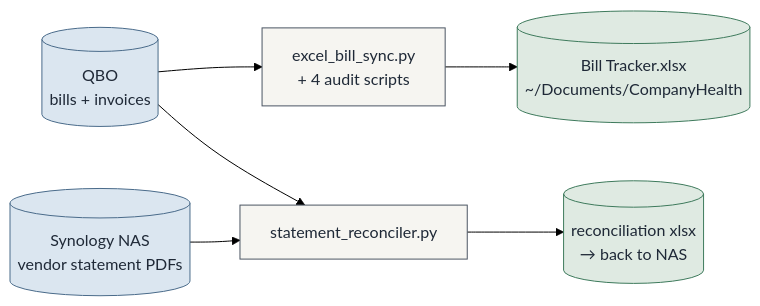
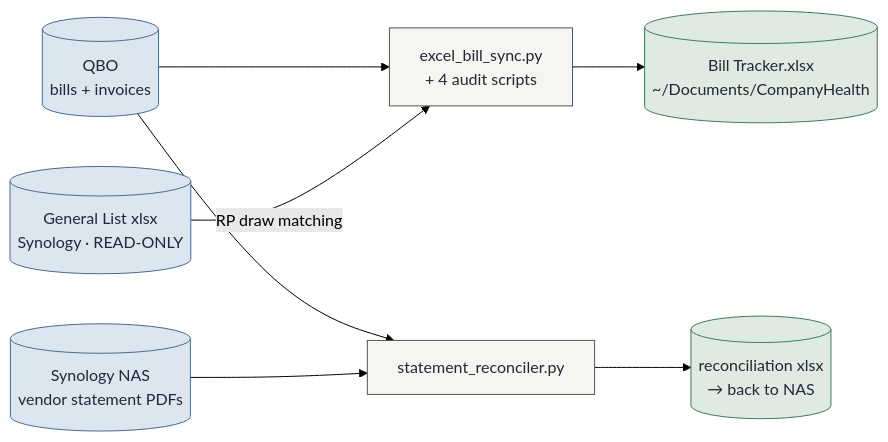
The second of 4 diagrams in docs/ARCHITECTURE.md (Ecarlo-Proficient/Claude-Report), drawn with Mermaid (forest theme) before and after one commit. The commit also changed 8 other files, not shown here.

````diff
--- a/docs/ARCHITECTURE.md
+++ b/docs/ARCHITECTURE.md
@@ -87,17 +87,19 @@
 ```mermaid
 flowchart LR
     classDef src fill:#dbe6f0,stroke:#4A6B8A,color:#1f2937
     classDef tool fill:#f6f5f1,stroke:#4b5563,color:#1f2937
     classDef out fill:#dfeae2,stroke:#3E7A5C,color:#1f2937
 
     QBO[("QBO\nbills + invoices")]:::src
     NAS[("Synology NAS\nvendor statement PDFs")]:::src
+    GL[("General List xlsx\nSynology · READ-ONLY")]:::src
     BT["excel_bill_sync.py\n+ 4 audit scripts"]:::tool
     SR["statement_reconciler.py"]:::tool
     BX[("Bill Tracker.xlsx\n~/Documents/CompanyHealth")]:::out
     RX[("reconciliation xlsx\n→ back to NAS")]:::out
 
     QBO --> BT --> BX
+    GL -- "RP draw matching" --> BT
     QBO --> SR
     NAS --> SR --> RX
 ```
````
